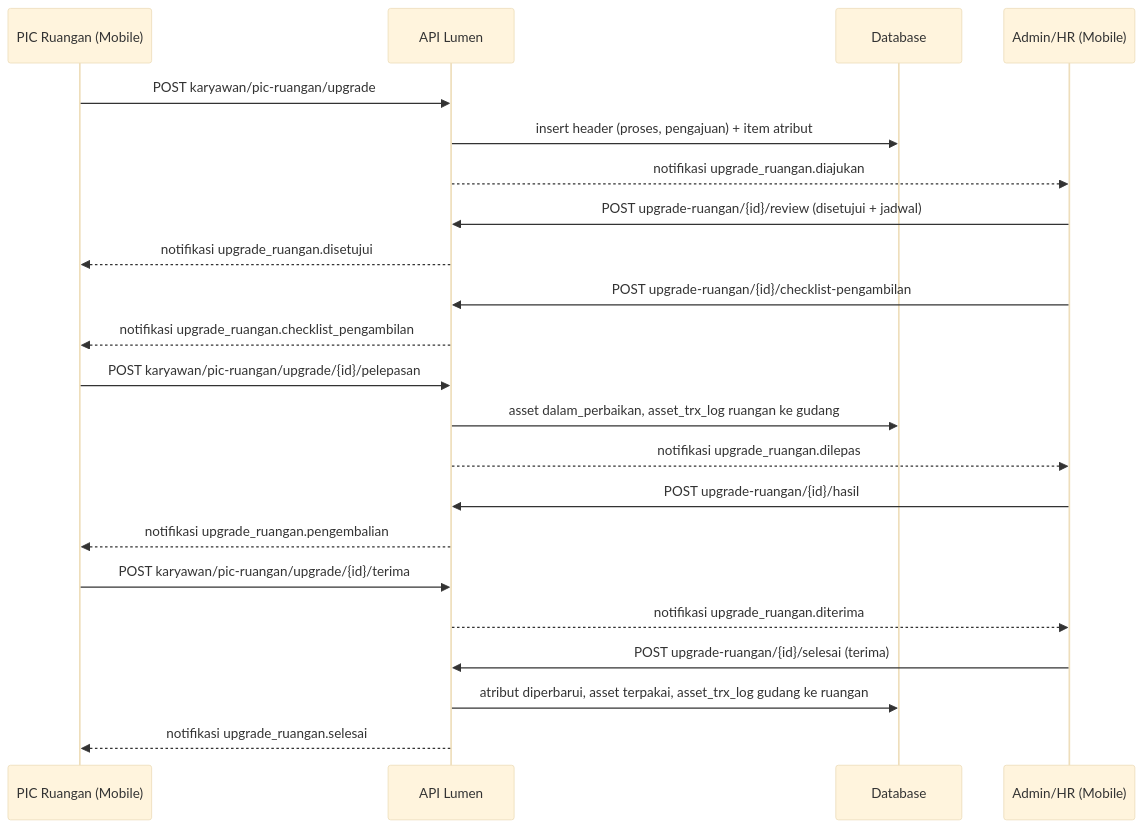
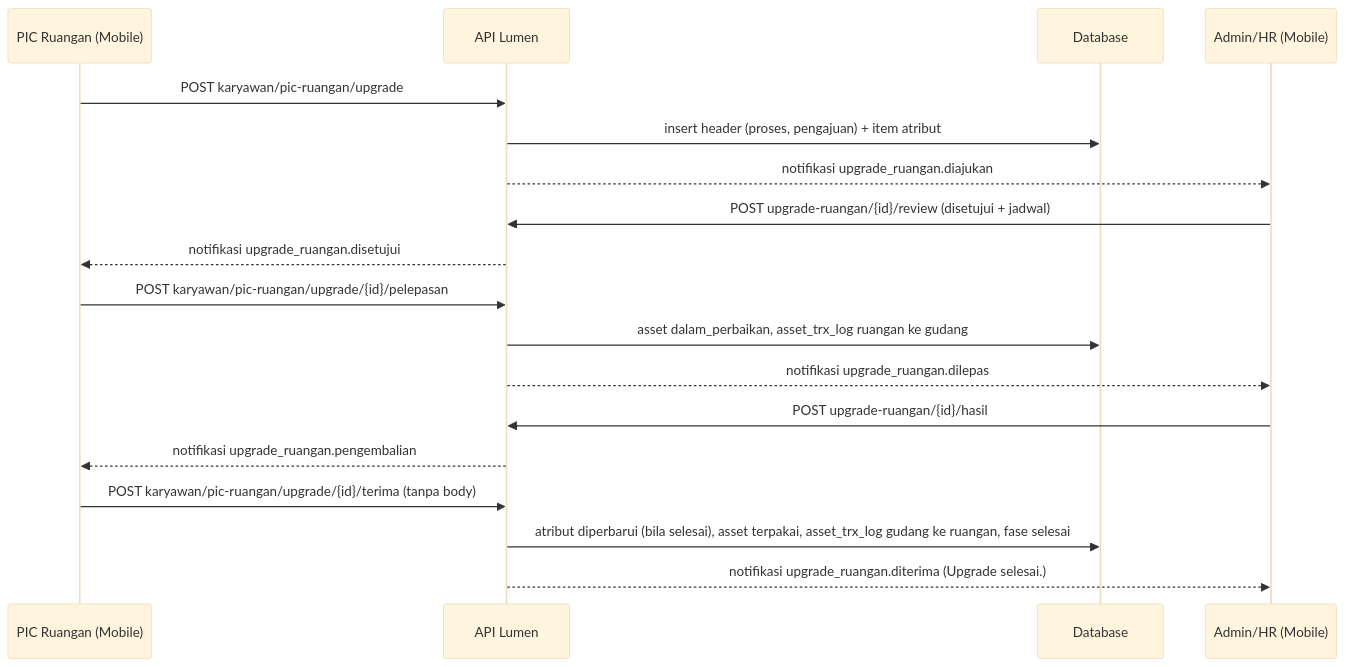
Before and after one commit to setiyawan12/DOKUMENTASI-ASSET: the second of 4 diagrams in dokumentasi-asset-upgrade-ruangan.md, drawn with Mermaid (base theme). The commit also changed other lines of this file and 6 other files, not shown here.

````diff
--- a/dokumentasi-asset-upgrade-ruangan.md
+++ b/dokumentasi-asset-upgrade-ruangan.md
@@ -167,24 +172,20 @@
 ```mermaid
 sequenceDiagram
     participant PIC as PIC Ruangan (Mobile)
     participant API as API Lumen
     participant DB as Database
     participant ADM as Admin/HR (Mobile)
     PIC->>API: POST karyawan/pic-ruangan/upgrade
     API->>DB: insert header (proses, pengajuan) + item atribut
     API-->>ADM: notifikasi upgrade_ruangan.diajukan
     ADM->>API: POST upgrade-ruangan/{id}/review (disetujui + jadwal)
     API-->>PIC: notifikasi upgrade_ruangan.disetujui
-    ADM->>API: POST upgrade-ruangan/{id}/checklist-pengambilan
-    API-->>PIC: notifikasi upgrade_ruangan.checklist_pengambilan
     PIC->>API: POST karyawan/pic-ruangan/upgrade/{id}/pelepasan
     API->>DB: asset dalam_perbaikan, asset_trx_log ruangan ke gudang
     API-->>ADM: notifikasi upgrade_ruangan.dilepas
     ADM->>API: POST upgrade-ruangan/{id}/hasil
     API-->>PIC: notifikasi upgrade_ruangan.pengembalian
-    PIC->>API: POST karyawan/pic-ruangan/upgrade/{id}/terima
-    API-->>ADM: notifikasi upgrade_ruangan.diterima
-    ADM->>API: POST upgrade-ruangan/{id}/selesai (terima)
-    API->>DB: atribut diperbarui, asset terpakai, asset_trx_log gudang ke ruangan
-    API-->>PIC: notifikasi upgrade_ruangan.selesai
+    PIC->>API: POST karyawan/pic-ruangan/upgrade/{id}/terima (tanpa body)
+    API->>DB: atribut diperbarui (bila selesai), asset terpakai, asset_trx_log gudang ke ruangan, fase selesai
+    API-->>ADM: notifikasi upgrade_ruangan.diterima (Upgrade selesai.)
 ```
````
